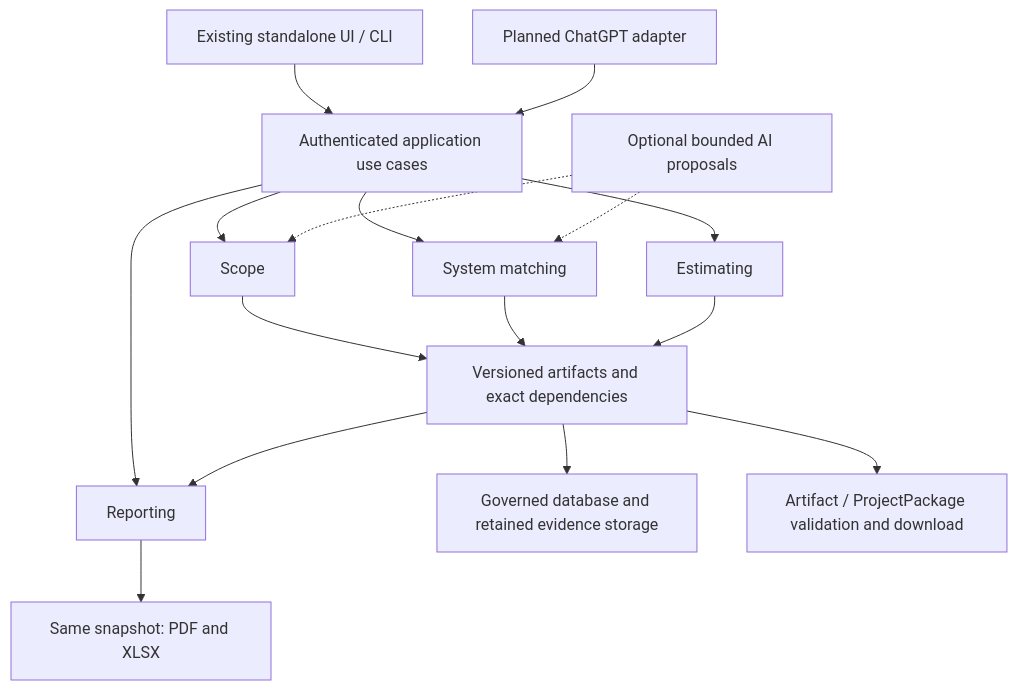
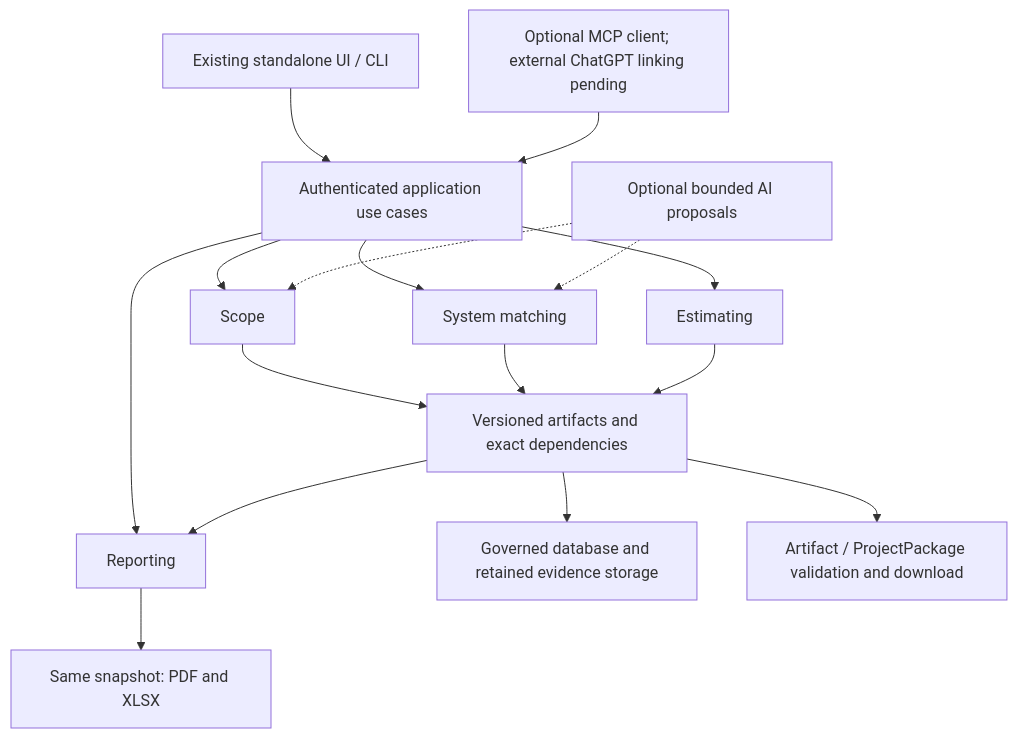
One commit to Slayde91/classifire changed the first of 7 diagrams in docs/CLASSIFIRE_ARCHITECTURE.md. Above: the diagram before and after it, drawn with Mermaid. The commit also changed other lines of this file and 36 other files, not shown here.

````diff
--- a/docs/CLASSIFIRE_ARCHITECTURE.md
+++ b/docs/CLASSIFIRE_ARCHITECTURE.md
@@ -60,18 +60,18 @@
 ```mermaid
 flowchart TD
     UI[Existing standalone UI / CLI] --> API[Authenticated application use cases]
-    CHAT[Planned ChatGPT adapter] --> API
+    CHAT[Optional MCP client; external ChatGPT linking pending] --> API
     API --> S[Scope]
     API --> T[System matching]
     API --> E[Estimating]
     API --> R[Reporting]
     S --> A[Versioned artifacts and exact dependencies]
     T --> A
     E --> A
     A --> R
     R --> O[Same snapshot: PDF and XLSX]
     A --> DB[Governed database and retained evidence storage]
     A --> P[Artifact / ProjectPackage validation and download]
     AI[Optional bounded AI proposals] -.-> S
     AI -.-> T
 ```
````
